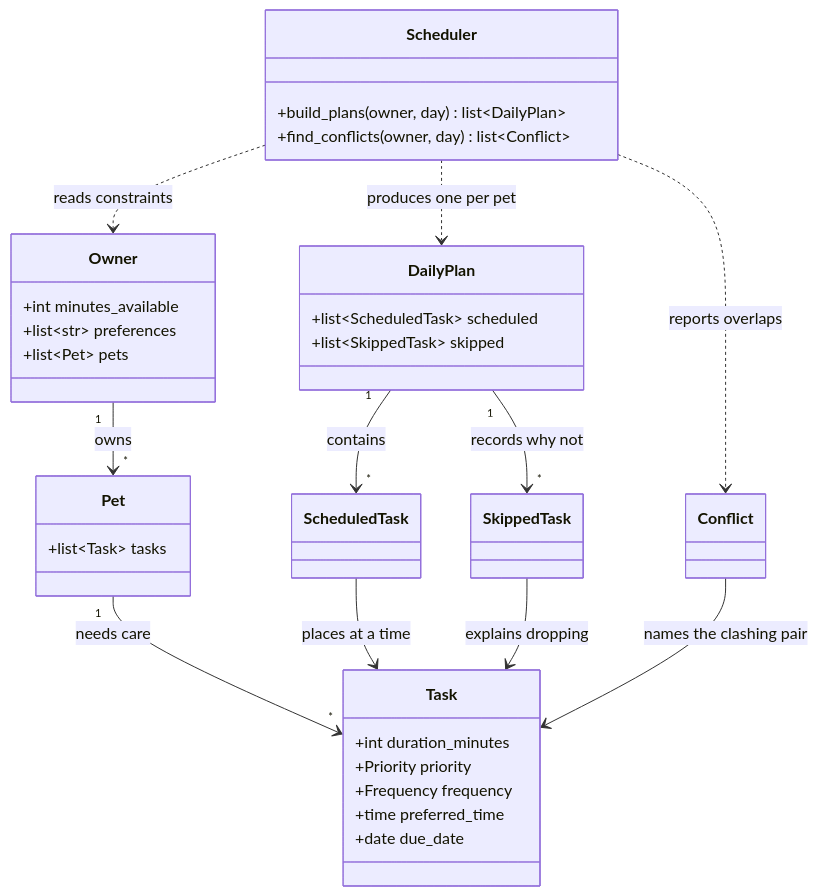
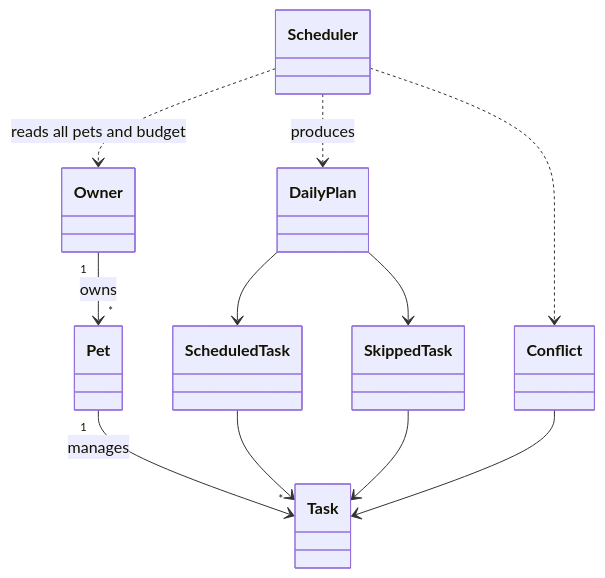
One commit to Somama12/Assign3 changed the diagram in README.md. Above: the diagram before and after it, drawn with Mermaid. The commit also changed other lines of this file and 5 other files, not shown here.

````diff
--- a/README.md
+++ b/README.md
@@ -89,40 +40,13 @@
 ```mermaid
 classDiagram
-    class Owner {
-        +int minutes_available
-        +list~str~ preferences
-        +list~Pet~ pets
-    }
-    class Pet {
-        +list~Task~ tasks
-    }
-    class Task {
-        +int duration_minutes
-        +Priority priority
-        +Frequency frequency
-        +time preferred_time
-        +date due_date
-    }
-    class Scheduler {
-        +build_plans(owner, day) list~DailyPlan~
-        +find_conflicts(owner, day) list~Conflict~
-    }
-    class DailyPlan {
-        +list~ScheduledTask~ scheduled
-        +list~SkippedTask~ skipped
-    }
-    class ScheduledTask
-    class SkippedTask
-    class Conflict
-
     Owner "1" --> "*" Pet : owns
-    Pet "1" --> "*" Task : needs care
-    Scheduler ..> Owner : reads constraints
-    Scheduler ..> DailyPlan : produces one per pet
-    Scheduler ..> Conflict : reports overlaps
-    DailyPlan "1" --> "*" ScheduledTask : contains
-    DailyPlan "1" --> "*" SkippedTask : records why not
-    ScheduledTask --> Task : places at a time
-    SkippedTask --> Task : explains dropping
-    Conflict --> Task : names the clashing pair
+    Pet "1" --> "*" Task : manages
+    Scheduler ..> Owner : reads all pets and budget
+    Scheduler ..> DailyPlan : produces
+    DailyPlan --> ScheduledTask
+    DailyPlan --> SkippedTask
+    ScheduledTask --> Task
+    SkippedTask --> Task
+    Scheduler ..> Conflict
+    Conflict --> Task
 ```
````
